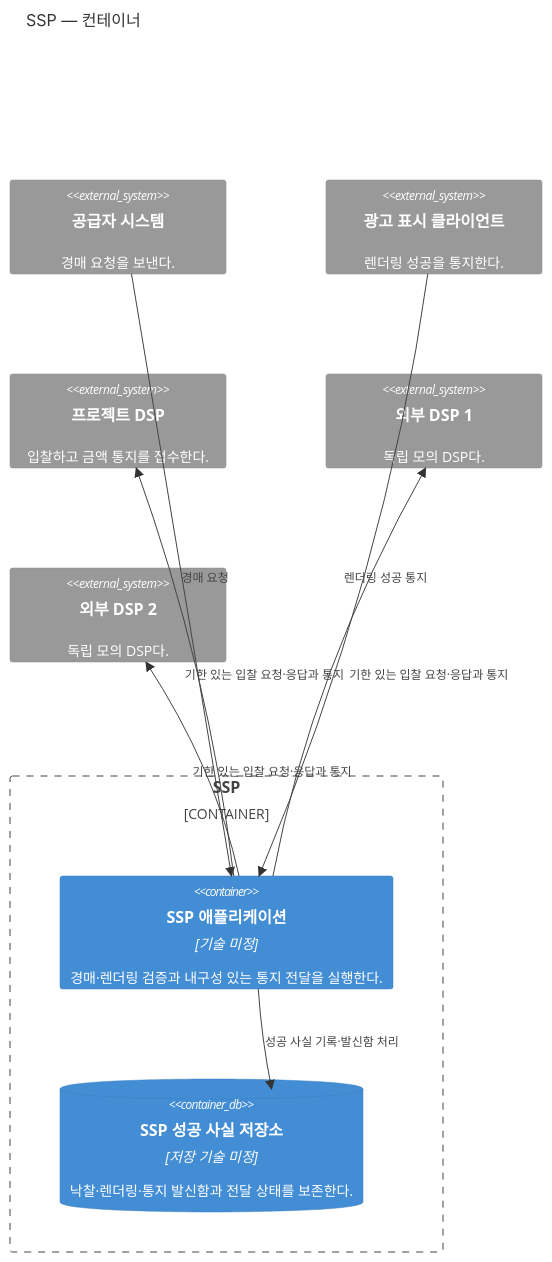
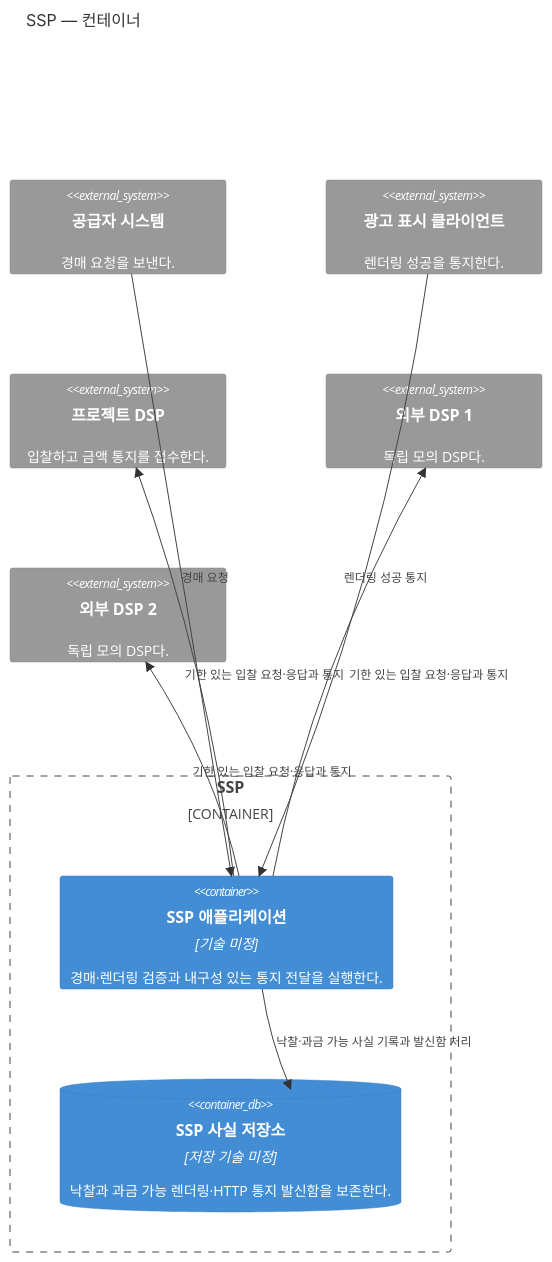
Before and after one commit to bbororo5/low-latency-openrtb-auction: the diagram in docs/architecture/views/ssp-containers.md, drawn with Mermaid. The commit also changed other lines of this file and 13 other files, not shown here.

Commit message:
docs: align requirements and architecture boundaries

````diff
--- a/docs/architecture/views/ssp-containers.md
+++ b/docs/architecture/views/ssp-containers.md
@@ -7,24 +7,24 @@
 ```mermaid
 C4Container
     title SSP — 컨테이너
 
     System_Ext(supplier, "공급자 시스템", "경매 요청을 보낸다.")
     System_Ext(ad_client, "광고 표시 클라이언트", "렌더링 성공을 통지한다.")
     System_Ext(project_dsp, "프로젝트 DSP", "입찰하고 금액 통지를 접수한다.")
     System_Ext(external_dsp_1, "외부 DSP 1", "독립 모의 DSP다.")
     System_Ext(external_dsp_2, "외부 DSP 2", "독립 모의 DSP다.")
 
     Container_Boundary(ssp, "SSP") {
         Container(ssp_application, "SSP 애플리케이션", "기술 미정", "경매·렌더링 검증과 내구성 있는 통지 전달을 실행한다.")
-        ContainerDb(ssp_store, "SSP 성공 사실 저장소", "저장 기술 미정", "낙찰·렌더링·통지 발신함과 전달 상태를 보존한다.")
+        ContainerDb(ssp_store, "SSP 사실 저장소", "저장 기술 미정", "낙찰과 과금 가능 렌더링·HTTP 통지 발신함을 보존한다.")
     }
 
     Rel(supplier, ssp_application, "경매 요청")
     Rel(ad_client, ssp_application, "렌더링 성공 통지")
     Rel(ssp_application, project_dsp, "기한 있는 입찰 요청·응답과 통지")
     Rel(ssp_application, external_dsp_1, "기한 있는 입찰 요청·응답과 통지")
     Rel(ssp_application, external_dsp_2, "기한 있는 입찰 요청·응답과 통지")
-    Rel(ssp_application, ssp_store, "성공 사실 기록·발신함 처리")
+    Rel(ssp_application, ssp_store, "낙찰·과금 가능 사실 기록과 발신함 처리")
 
     UpdateLayoutConfig($c4ShapeInRow="3", $c4BoundaryInRow="1")
 ```
````
